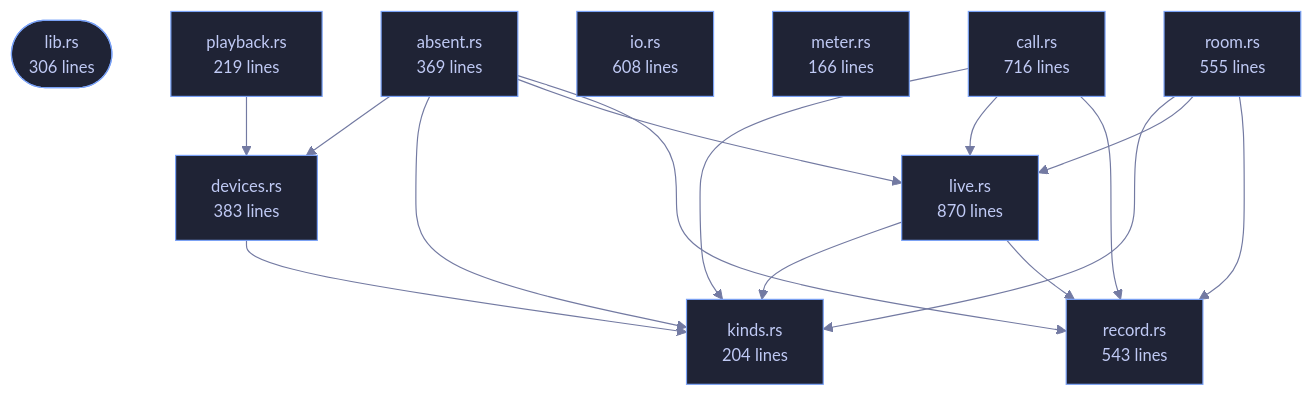
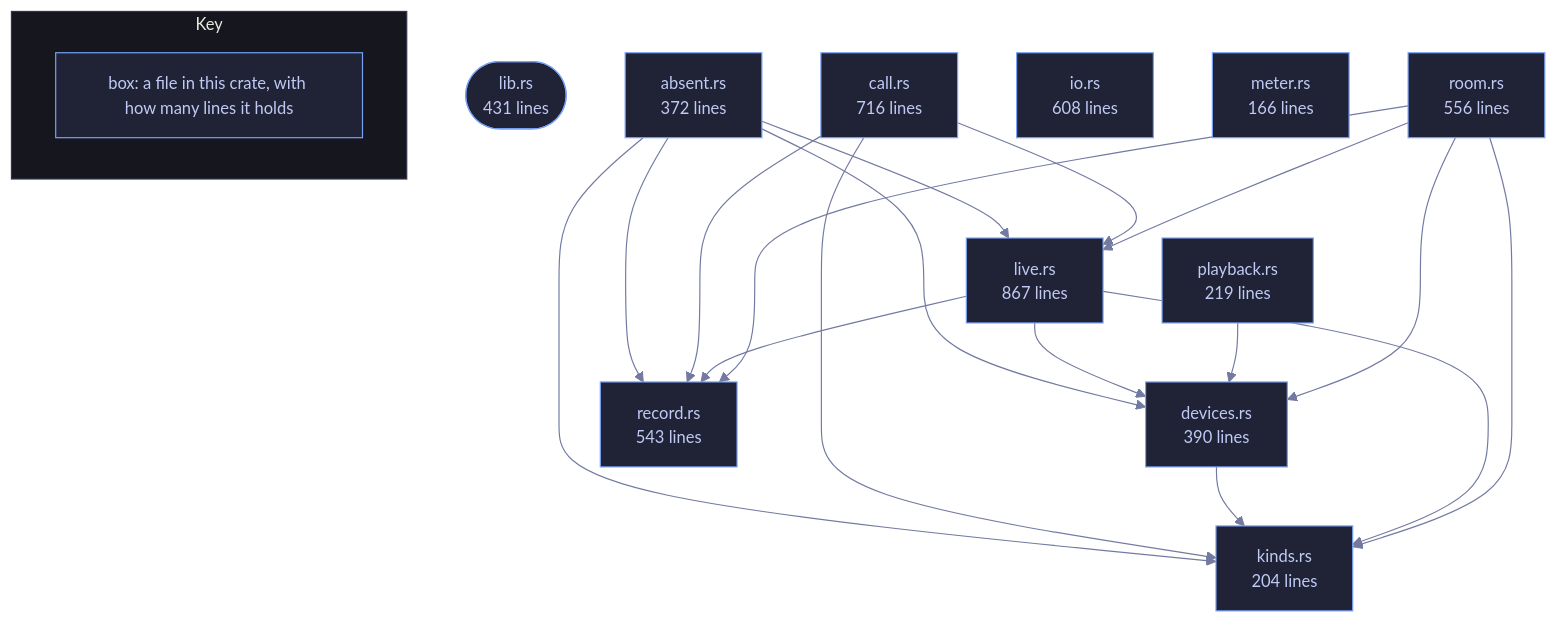
One commit to tilas01/veilvoice changed the diagram in crates/veilvoice-audio/README.md. Above: the diagram before and after it, drawn with Mermaid. The commit also changed other lines of this file and 1510 other files, not shown here.

First line of the commit message:
Regenerate the documentation, wiki, site, graphs and measured numbers

````diff
--- a/crates/veilvoice-audio/README.md
+++ b/crates/veilvoice-audio/README.md
@@ -80,40 +80,46 @@
 ```mermaid
 %%{init: {"theme":"base","themeVariables":{"background":"#1a1b26","primaryColor":"#1f2335","primaryTextColor":"#c0caf5","primaryBorderColor":"#7aa2f7","secondaryColor":"#16161e","tertiaryColor":"#16161e","lineColor":"#737aa2","textColor":"#c0caf5","mainBkg":"#1f2335","nodeBorder":"#7aa2f7","clusterBkg":"#16161e","clusterBorder":"#2f3549","fontFamily":"ui-monospace, SFMono-Regular, Consolas, monospace","fontSize":"14px"}}}%%
 flowchart TD
-    n_lib(["lib.rs<br/>306 lines"])
-    n_absent["absent.rs<br/>369 lines"]
+    n_lib(["lib.rs<br/>431 lines"])
+    n_absent["absent.rs<br/>372 lines"]
     n_call["call.rs<br/>716 lines"]
-    n_devices["devices.rs<br/>383 lines"]
+    n_devices["devices.rs<br/>390 lines"]
     n_io["io.rs<br/>608 lines"]
     n_kinds["kinds.rs<br/>204 lines"]
-    n_live["live.rs<br/>870 lines"]
+    n_live["live.rs<br/>867 lines"]
     n_meter["meter.rs<br/>166 lines"]
     n_playback["playback.rs<br/>219 lines"]
     n_record["record.rs<br/>543 lines"]
-    n_room["room.rs<br/>555 lines"]
+    n_room["room.rs<br/>556 lines"]
     n_absent --> n_devices
     n_absent --> n_kinds
     n_absent --> n_live
     n_absent --> n_record
     n_call --> n_kinds
     n_call --> n_live
     n_call --> n_record
     n_devices --> n_kinds
+    n_live --> n_devices
     n_live --> n_kinds
     n_live --> n_record
     n_playback --> n_devices
+    n_room --> n_devices
     n_room --> n_kinds
     n_room --> n_live
     n_room --> n_record
     click n_lib href "https://github.com/tilas01/veilvoice/blob/main/crates/veilvoice-audio/src/lib.rs" "open the source"
     click n_absent href "https://github.com/tilas01/veilvoice/blob/main/crates/veilvoice-audio/src/absent.rs" "open the source"
     click n_call href "https://github.com/tilas01/veilvoice/blob/main/crates/veilvoice-audio/src/call.rs" "open the source"
     click n_devices href "https://github.com/tilas01/veilvoice/blob/main/crates/veilvoice-audio/src/devices.rs" "open the source"
     click n_io href "https://github.com/tilas01/veilvoice/blob/main/crates/veilvoice-audio/src/io.rs" "open the source"
     click n_kinds href "https://github.com/tilas01/veilvoice/blob/main/crates/veilvoice-audio/src/kinds.rs" "open the source"
     click n_live href "https://github.com/tilas01/veilvoice/blob/main/crates/veilvoice-audio/src/live.rs" "open the source"
     click n_meter href "https://github.com/tilas01/veilvoice/blob/main/crates/veilvoice-audio/src/meter.rs" "open the source"
     click n_playback href "https://github.com/tilas01/veilvoice/blob/main/crates/veilvoice-audio/src/playback.rs" "open the source"
     click n_record href "https://github.com/tilas01/veilvoice/blob/main/crates/veilvoice-audio/src/record.rs" "open the source"
     click n_room href "https://github.com/tilas01/veilvoice/blob/main/crates/veilvoice-audio/src/room.rs" "open the source"
+    subgraph chart_key ["Key"]
+        direction LR
+        key_box["box: a file in this crate, with how many lines it holds"]
+    end
 ```
````
